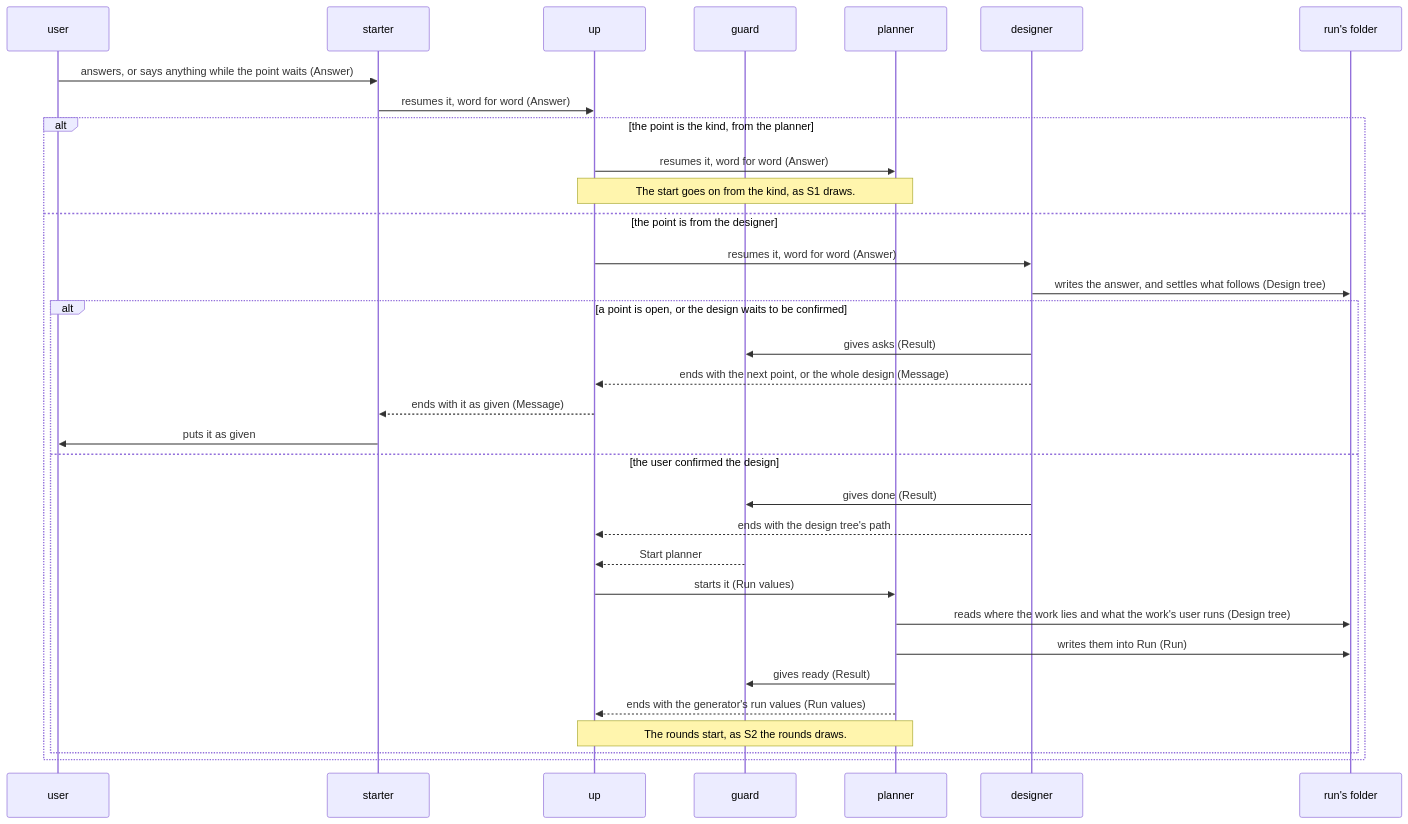
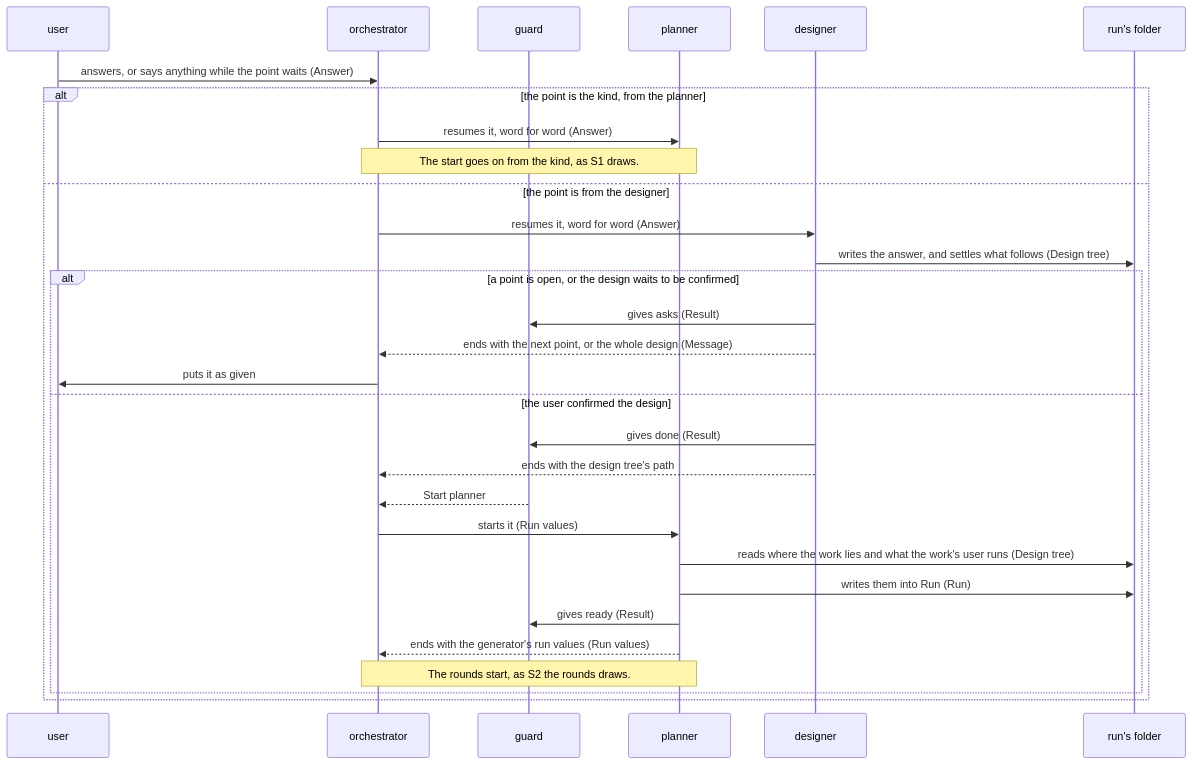
Before and after one commit to lovaizu/ccpm: the second of 3 diagrams in dev/turn/architecture.md, drawn with Mermaid. The commit also changed other lines of this file and 11 other files, not shown here.

````diff
--- a/dev/turn/architecture.md
+++ b/dev/turn/architecture.md
@@ -285,35 +253,32 @@
 ```mermaid
 sequenceDiagram
   participant R as user
-  participant ST as starter
-  participant U as up
+  participant O as orchestrator
   participant G as guard
   participant PL as planner
   participant PN as designer
   participant F as run's folder
-  R->>ST: answers, or says anything while the point waits (Answer)
-  ST->>U: resumes it, word for word (Answer)
+  R->>O: answers, or says anything while the point waits (Answer)
   alt the point is the kind, from the planner
-    U->>PL: resumes it, word for word (Answer)
-    Note over U,PL: The start goes on from the kind, as S1 draws.
+    O->>PL: resumes it, word for word (Answer)
+    Note over O,PL: The start goes on from the kind, as S1 draws.
   else the point is from the designer
-    U->>PN: resumes it, word for word (Answer)
+    O->>PN: resumes it, word for word (Answer)
     PN->>F: writes the answer, and settles what follows (Design tree)
     alt a point is open, or the design waits to be confirmed
       PN->>G: gives asks (Result)
-      PN-->>U: ends with the next point, or the whole design (Message)
-      U-->>ST: ends with it as given (Message)
-      ST->>R: puts it as given
+      PN-->>O: ends with the next point, or the whole design (Message)
+      O->>R: puts it as given
     else the user confirmed the design
       PN->>G: gives done (Result)
-      PN-->>U: ends with the design tree's path
-      G-->>U: Start planner
-      U->>PL: starts it (Run values)
+      PN-->>O: ends with the design tree's path
+      G-->>O: Start planner
+      O->>PL: starts it (Run values)
       PL->>F: reads where the work lies and what the work's user runs (Design tree)
       PL->>F: writes them into Run (Run)
       PL->>G: gives ready (Result)
-      PL-->>U: ends with the generator's run values (Run values)
-      Note over U,PL: The rounds start, as S2 the rounds draws.
+      PL-->>O: ends with the generator's run values (Run values)
+      Note over O,PL: The rounds start, as S2 the rounds draws.
     end
   end
 ```
````
